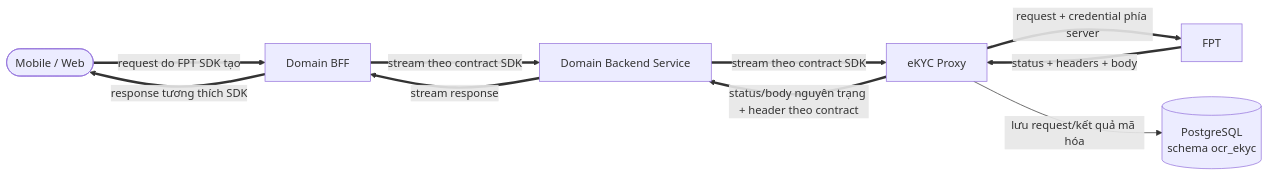
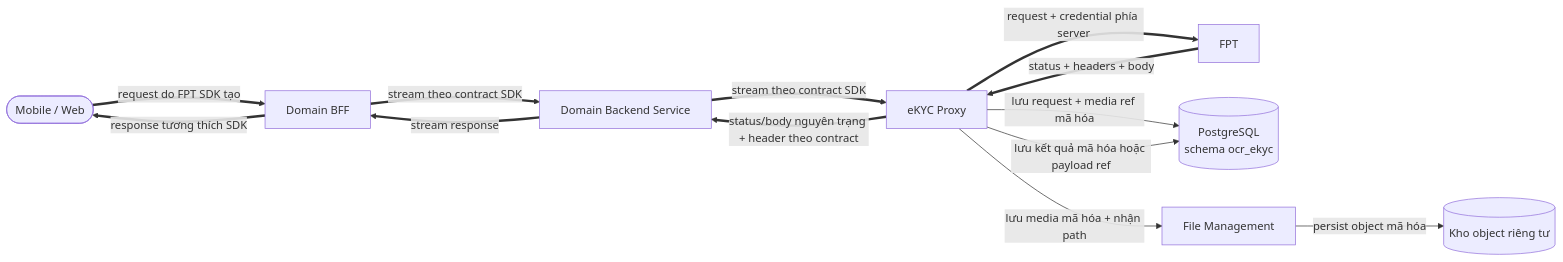
Before and after one commit to huynv-xyz/vhm: the seventh of 12 diagrams in tdd-ocr-ekyc.md, drawn with Mermaid. The commit also changed other lines of this file, not shown here.

````diff
--- a/tdd-ocr-ekyc.md
+++ b/tdd-ocr-ekyc.md
@@ -941,19 +948,24 @@
 ```mermaid
 flowchart LR
     CHANNEL([Mobile / Web])
     BFF[Domain BFF]
     DOMAIN[Domain Backend Service]
     SERVICE[eKYC Proxy]
     FPT[FPT]
     DB[(PostgreSQL<br/>schema ocr_ekyc)]
+    FILE[File Management]
+    STORAGE[(Kho object riêng tư)]
 
     CHANNEL ==>|request do FPT SDK tạo| BFF
     BFF ==>|stream theo contract SDK| DOMAIN
     DOMAIN ==>|stream theo contract SDK| SERVICE
+    SERVICE -->|lưu media mã hóa + nhận path| FILE
+    FILE -->|persist object mã hóa| STORAGE
+    SERVICE -->|lưu request + media ref mã hóa| DB
     SERVICE ==>|request + credential phía server| FPT
     FPT ==>|status + headers + body| SERVICE
-    SERVICE -->|lưu request/kết quả mã hóa| DB
+    SERVICE -->|lưu kết quả mã hóa hoặc payload ref| DB
     SERVICE ==>|status/body nguyên trạng + header theo contract| DOMAIN
     DOMAIN ==>|stream response| BFF
     BFF ==>|response tương thích SDK| CHANNEL
 ```
````
